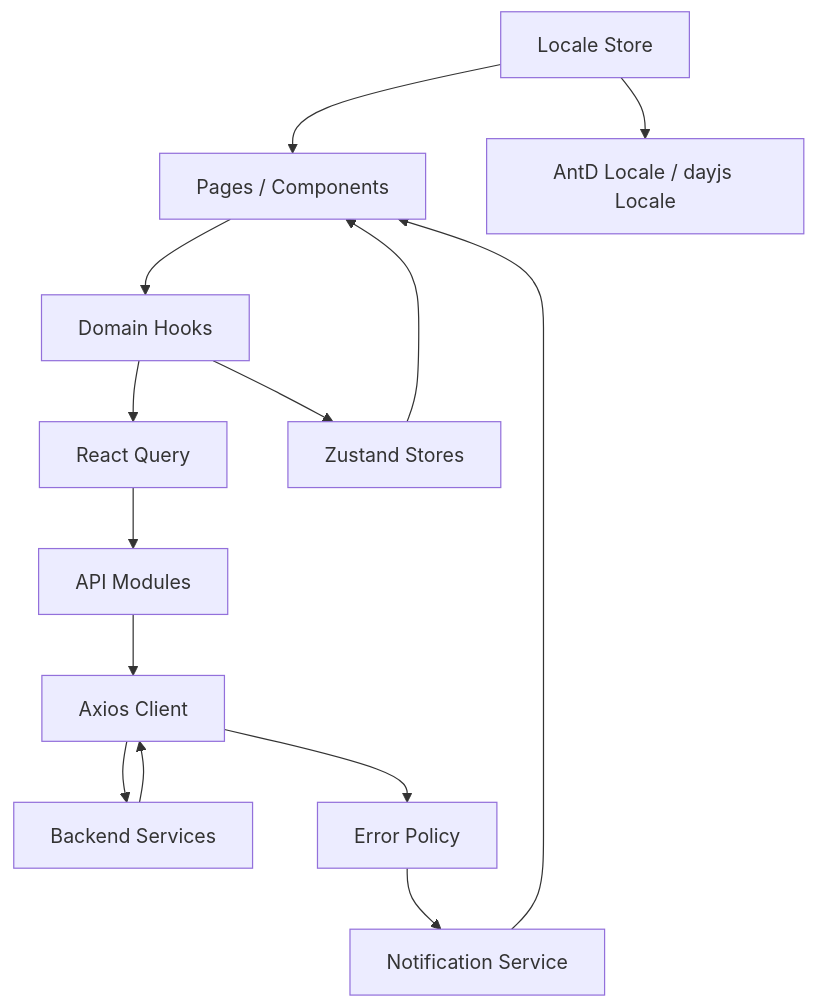
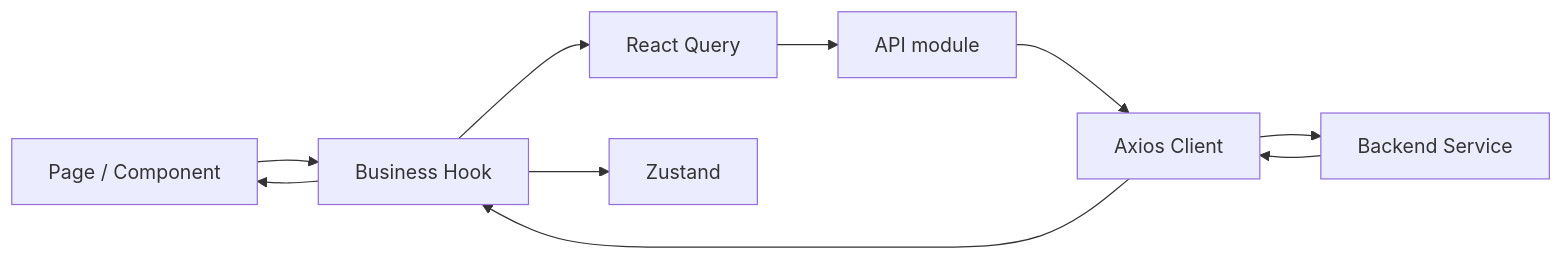
One commit to 939481896/AI.EnterpriseRAG changed the first of 3 diagrams in frontend/README.md. Above: the diagram before and after it, drawn with Mermaid. The commit also changed other lines of this file and 19 other files, not shown here.

````diff
--- a/frontend/README.md
+++ b/frontend/README.md
@@ -98,18 +143,12 @@
 ```mermaid
-flowchart TB
-    UI[Pages / Components] --> Hooks[Domain Hooks]
-    Hooks --> RQ[React Query]
-    Hooks --> Store[Zustand Stores]
-    RQ --> API[API Modules]
-    API --> Client[Axios Client]
-    Client --> Backend[Backend Services]
-
-    Backend --> Client
-    Client --> ErrorPolicy[Error Policy]
-    ErrorPolicy --> Notify[Notification Service]
-    Notify --> UI
-
-    Store --> UI
-    Locale[Locale Store] --> UI
-    Locale --> AntdLocale[AntD Locale / dayjs Locale]
+flowchart LR
+  UI[Page / Component] --> Hook[Business Hook]
+  Hook --> Query[React Query]
+  Hook --> Store[Zustand]
+  Query --> API[API module]
+  API --> Client[Axios Client]
+  Client --> BE[Backend Service]
+  BE --> Client
+  Client --> Hook
+  Hook --> UI
 ```
````
